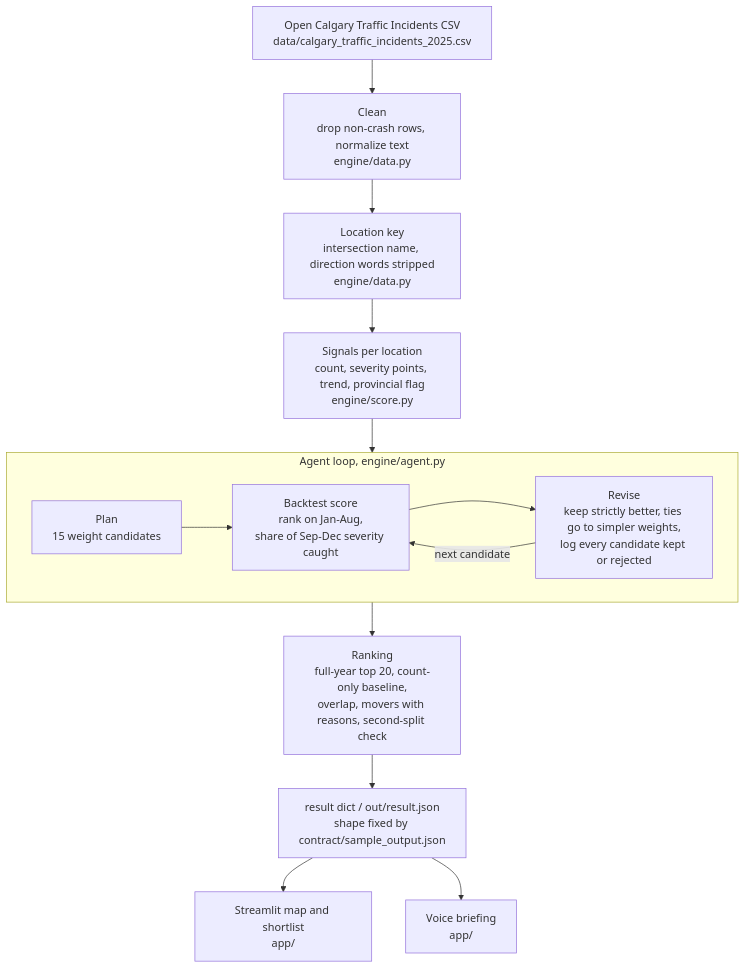
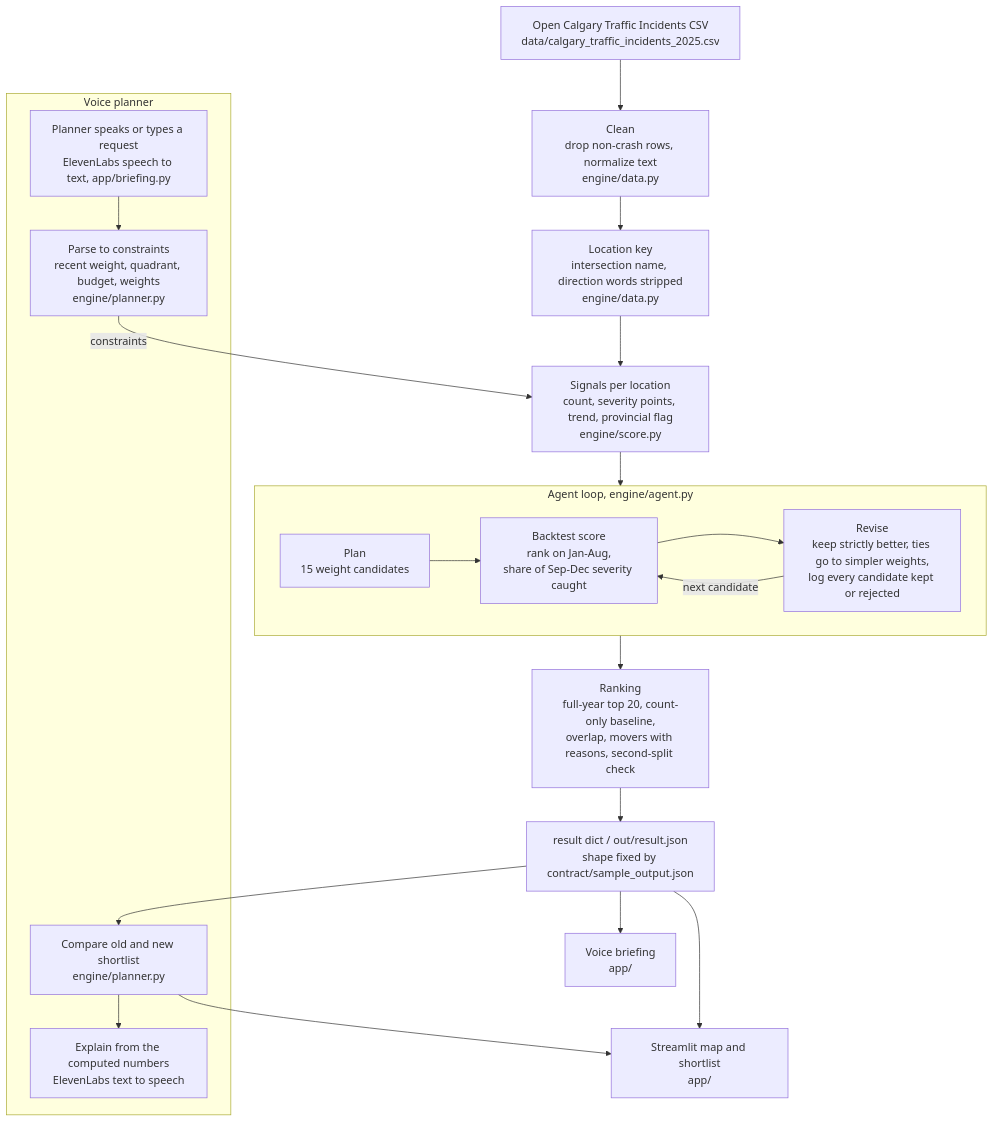
Before and after one commit to Abdalla-Eldoumani/double-trouble: the diagram in docs/ARCHITECTURE.md, drawn with Mermaid. The commit also changed other lines of this file, not shown here.

Commit message:
add voice planner loop to architecture diagram

````diff
--- a/docs/ARCHITECTURE.md
+++ b/docs/ARCHITECTURE.md
@@ -3,24 +3,34 @@
 ```mermaid
 flowchart TD
     CSV["Open Calgary Traffic Incidents CSV<br/>data/calgary_traffic_incidents_2025.csv"]
     CLEAN["Clean<br/>drop non-crash rows, normalize text<br/>engine/data.py"]
     KEY["Location key<br/>intersection name, direction words stripped<br/>engine/data.py"]
     SIG["Signals per location<br/>count, severity points, trend, provincial flag<br/>engine/score.py"]
 
     subgraph LOOP["Agent loop, engine/agent.py"]
         PLAN["Plan<br/>15 weight candidates"]
         SCORE["Backtest score<br/>rank on Jan-Aug,<br/>share of Sep-Dec severity caught"]
         REVISE["Revise<br/>keep strictly better, ties go to simpler weights,<br/>log every candidate kept or rejected"]
         PLAN --> SCORE --> REVISE
         REVISE -->|next candidate| SCORE
     end
 
     RANK["Ranking<br/>full-year top 20, count-only baseline,<br/>overlap, movers with reasons, second-split check"]
     JSON["result dict / out/result.json<br/>shape fixed by contract/sample_output.json"]
     MAP["Streamlit map and shortlist<br/>app/"]
     VOICE["Voice briefing<br/>app/"]
 
+    subgraph PLANNER["Voice planner"]
+        SPEAK["Planner speaks or types a request<br/>ElevenLabs speech to text, app/briefing.py"]
+        PARSE["Parse to constraints<br/>recent weight, quadrant, budget, weights<br/>engine/planner.py"]
+        COMPARE["Compare old and new shortlist<br/>engine/planner.py"]
+        EXPLAIN["Explain from the computed numbers<br/>ElevenLabs text to speech"]
+    end
+
     CSV --> CLEAN --> KEY --> SIG --> LOOP --> RANK --> JSON
     JSON --> MAP
     JSON --> VOICE
+    SPEAK --> PARSE -->|constraints| SIG
+    JSON --> COMPARE --> EXPLAIN
+    COMPARE --> MAP
 ```
````
